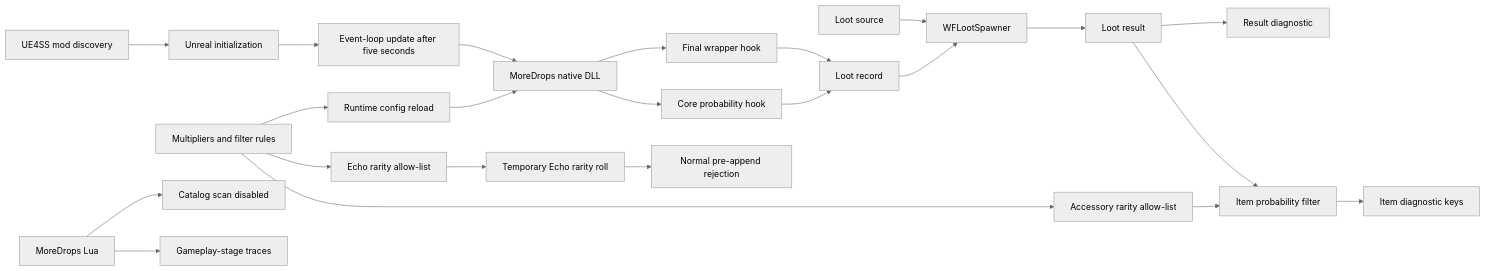
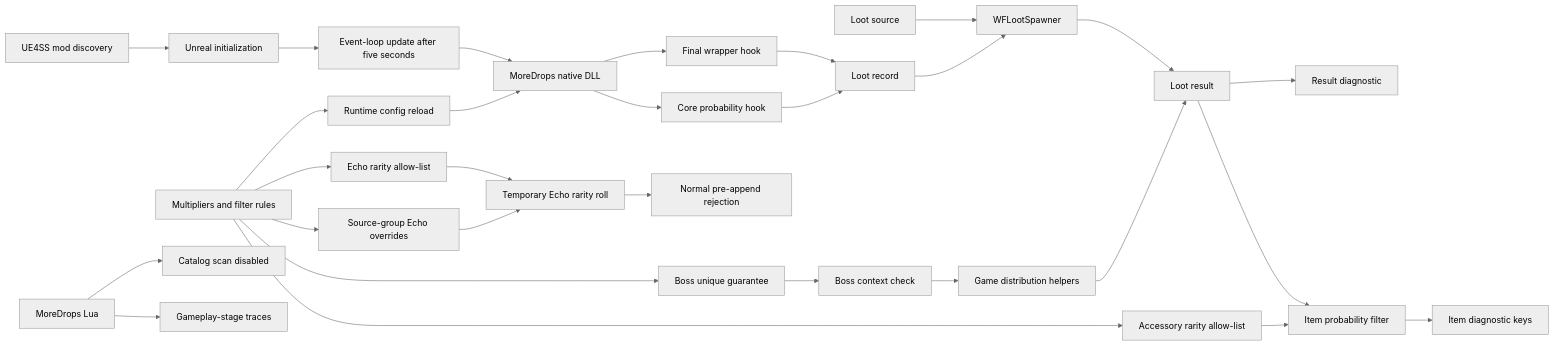
Before and after one commit to TheAngryByrd/Wayfinder-Mods: the diagram in lode/loot/summary.md, drawn with Mermaid (neutral theme). The commit also changed other lines of this file and 10 other files, not shown here.

Commit message:
Add boss loot guarantees and Echo rarity overrides

````diff
--- a/lode/loot/summary.md
+++ b/lode/loot/summary.md
@@ -9,25 +12,31 @@
 ```mermaid
 flowchart LR
     Config[Multipliers and filter rules] --> Reload[Runtime config reload]
     UE4SS[UE4SS mod discovery] --> Unreal[Unreal initialization]
     Unreal --> EventLoop[Event-loop update after five seconds]
     EventLoop --> Native
     Reload --> Native[MoreDrops native DLL]
     Source[Loot source] --> Spawner[WFLootSpawner]
     Native --> FinalHook[Final wrapper hook]
     Native --> CoreHook[Core probability hook]
     FinalHook --> Record[Loot record]
     CoreHook --> Record
     Record --> Spawner
     Spawner --> Result[Loot result]
     Result --> Diagnostic[Result diagnostic]
     Result --> ItemFilter[Item probability filter]
     ItemFilter --> ItemLog[Item diagnostic keys]
     Config --> EchoSetting[Echo rarity allow-list]
     EchoSetting --> EchoRoll[Temporary Echo rarity roll]
     EchoRoll --> EchoReject[Normal pre-append rejection]
     Config --> AccessorySetting[Accessory rarity allow-list]
     AccessorySetting --> ItemFilter
+    Config --> BossSetting[Boss unique guarantee]
+    BossSetting --> BossContext[Boss context check]
+    BossContext --> Distribution[Game distribution helpers]
+    Distribution --> Result
+    Config --> EchoOverride[Source-group Echo overrides]
+    EchoOverride --> EchoRoll
     Lua[MoreDrops Lua] --> Disabled[Catalog scan disabled]
     Lua --> Trace[Gameplay-stage traces]
 ```
````
